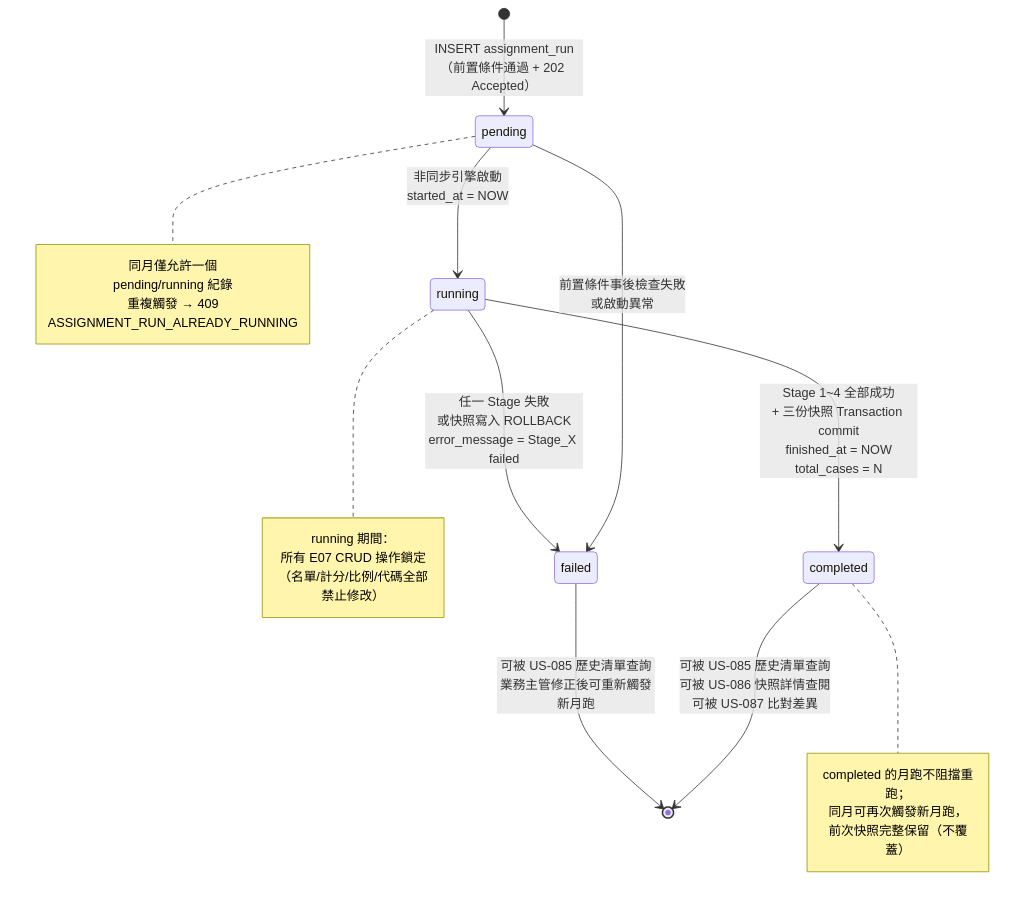
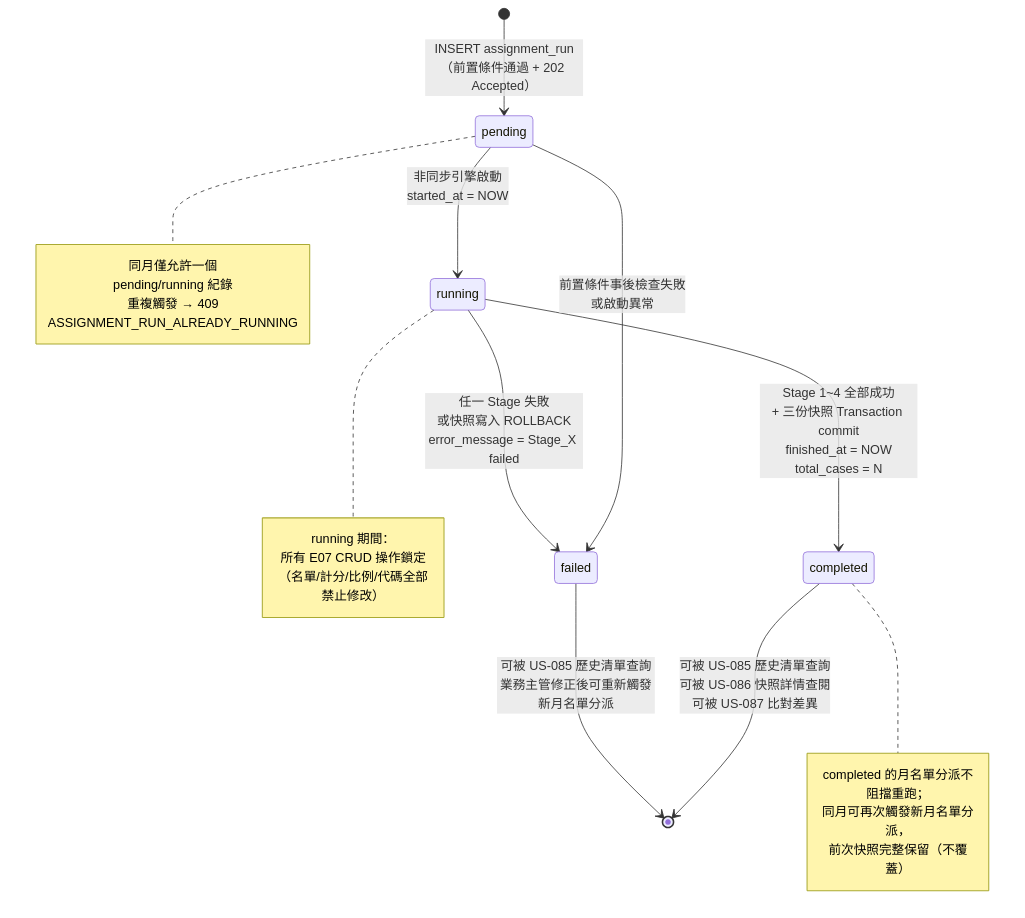
The diagram in docs/specs/diagrams/F061-assignment-run-states.mmd (wisewhalesoft/cdmp-mvp), drawn with Mermaid before and after one commit. The commit also changed 283 other files, not shown here.

```diff
--- a/docs/specs/diagrams/F061-assignment-run-states.mmd
+++ b/docs/specs/diagrams/F061-assignment-run-states.mmd
@@ -1,32 +1,32 @@
 %% F061 — AssignmentRun 狀態轉換
-%% 說明：月跑紀錄（assignment_run.status）的生命週期：pending → running → completed/failed
+%% 說明：月名單分派紀錄（assignment_run.status）的生命週期：pending → running → completed/failed
 stateDiagram-v2
     [*] --> pending : INSERT assignment_run<br/>（前置條件通過 + 202 Accepted）
 
     pending --> running : 非同步引擎啟動<br/>started_at = NOW
     pending --> failed : 前置條件事後檢查失敗<br/>或啟動異常
 
     running --> completed : Stage 1~4 全部成功<br/>+ 三份快照 Transaction commit<br/>finished_at = NOW<br/>total_cases = N
     running --> failed : 任一 Stage 失敗<br/>或快照寫入 ROLLBACK<br/>error_message = Stage_X failed
 
     completed --> [*] : 可被 US-085 歷史清單查詢<br/>可被 US-086 快照詳情查閱<br/>可被 US-087 比對差異
-    failed --> [*] : 可被 US-085 歷史清單查詢<br/>業務主管修正後可重新觸發新月跑
+    failed --> [*] : 可被 US-085 歷史清單查詢<br/>業務主管修正後可重新觸發新月名單分派
 
     note right of pending
         同月僅允許一個
         pending/running 紀錄
         重複觸發 → 409
         ASSIGNMENT_RUN_ALREADY_RUNNING
     end note
 
     note right of running
         running 期間：
         所有 E07 CRUD 操作鎖定
         （名單/計分/比例/代碼全部禁止修改）
     end note
 
     note right of completed
-        completed 的月跑不阻擋重跑；
-        同月可再次觸發新月跑，
+        completed 的月名單分派不阻擋重跑；
+        同月可再次觸發新月名單分派，
         前次快照完整保留（不覆蓋）
     end note
```
